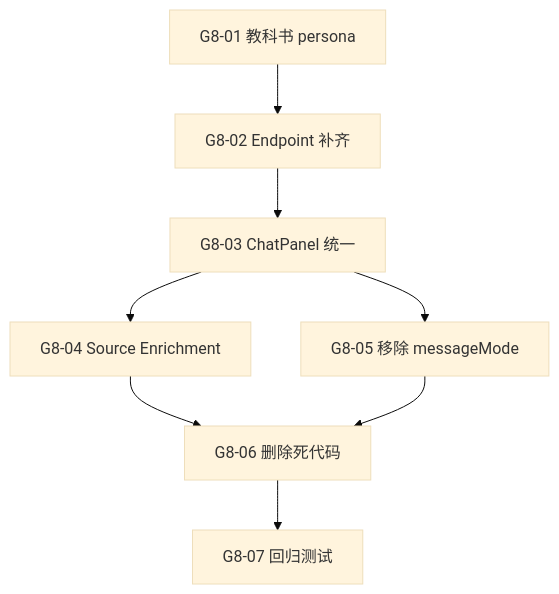
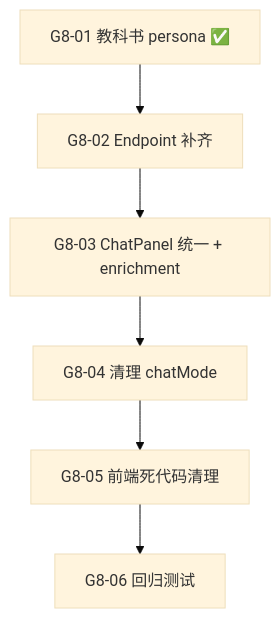
One commit to zhizhunbao/textbook-rag changed the diagram in .agent/workflows/rag-dev-v3/roadmap/37-sprint-g8-unified-query.md. Above: the diagram before and after it, drawn with Mermaid (base theme). The commit also changed other lines of this file and 114 other files, not shown here.

````diff
--- a/.agent/workflows/rag-dev-v3/roadmap/37-sprint-g8-unified-query.md
+++ b/.agent/workflows/rag-dev-v3/roadmap/37-sprint-g8-unified-query.md
@@ -329,10 +307,8 @@
 ```mermaid
 graph TD
-    S01["G8-01 教科书 persona"] --> S02["G8-02 Endpoint 补齐"]
-    S02 --> S03["G8-03 ChatPanel 统一"]
-    S03 --> S04["G8-04 Source Enrichment"]
-    S03 --> S05["G8-05 移除 messageMode"]
-    S04 --> S06["G8-06 删除死代码"]
-    S05 --> S06
-    S06 --> S07["G8-07 回归测试"]
+    S01["G8-01 教科书 persona ✅"] --> S02["G8-02 Endpoint 补齐"]
+    S02 --> S03["G8-03 ChatPanel 统一 + enrichment"]
+    S03 --> S04["G8-04 清理 chatMode"]
+    S04 --> S05["G8-05 前端死代码清理"]
+    S05 --> S06["G8-06 回归测试"]
 ```
````
